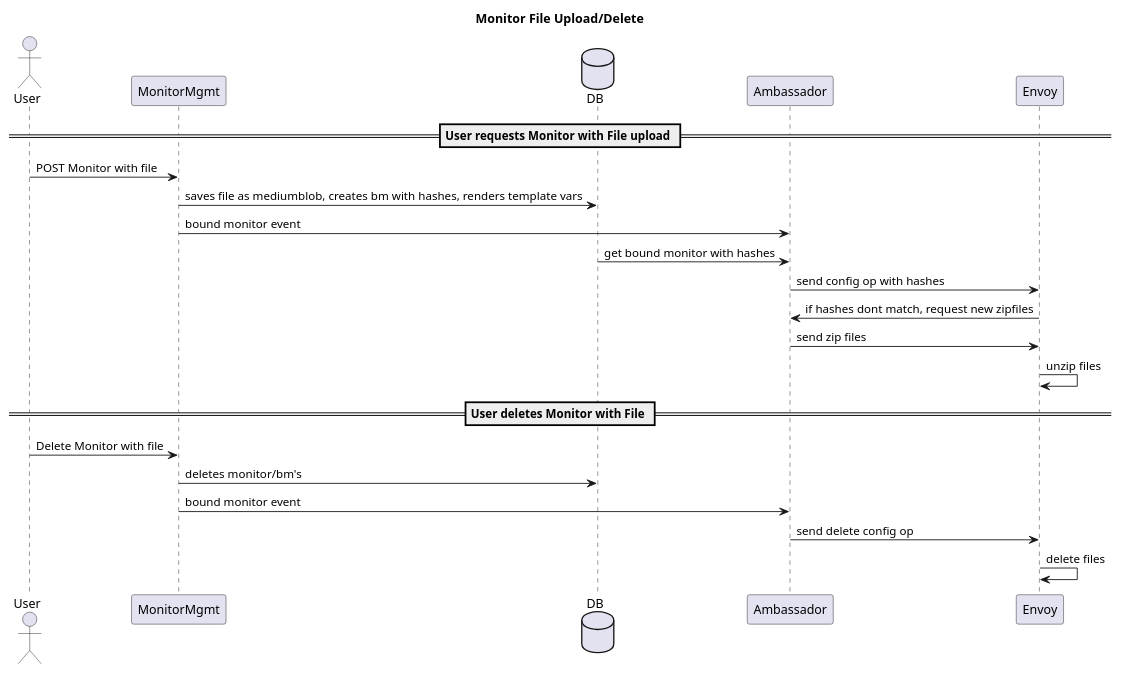
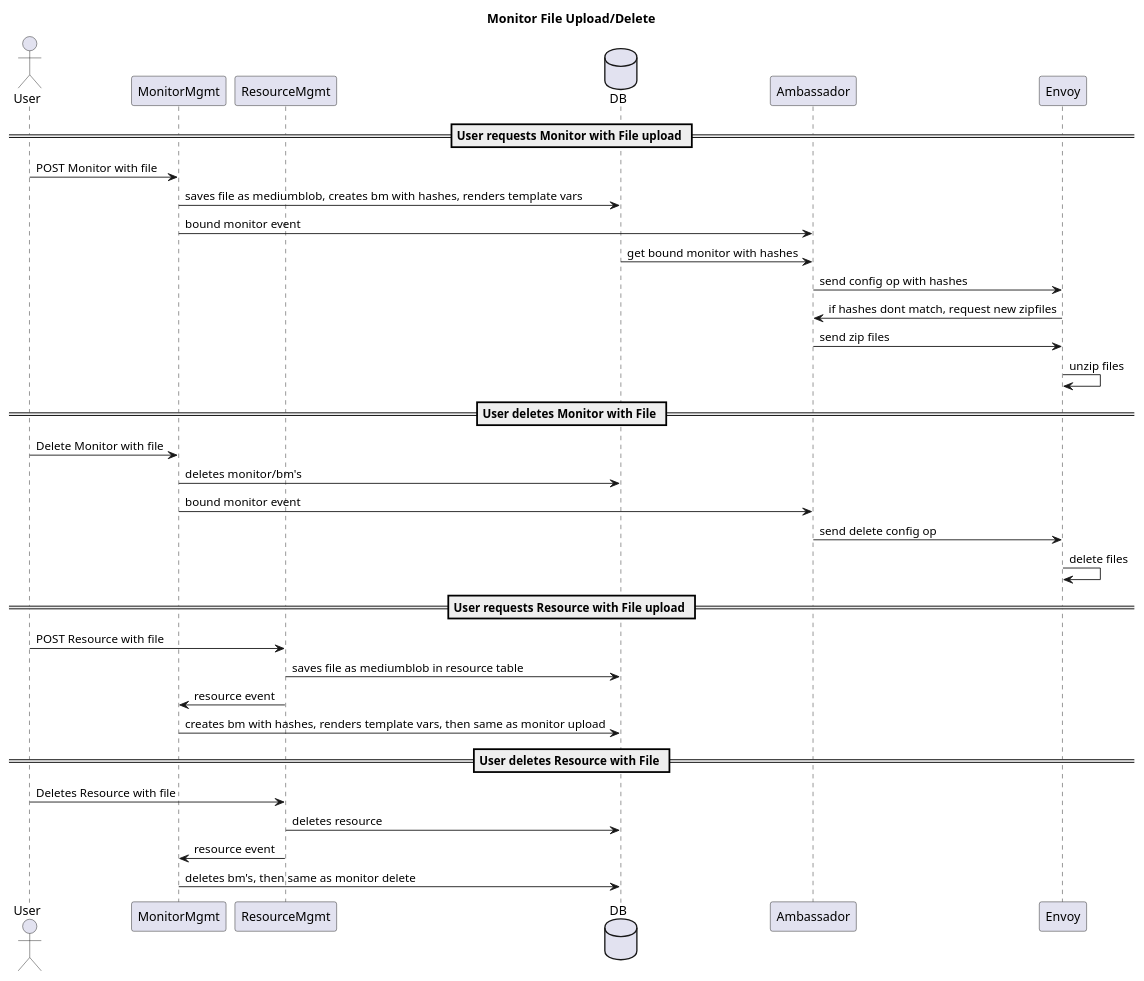
The diagram in design/file-upload.puml (racker/salus-docs), drawn with PlantUML before and after one commit.

```diff
--- a/design/file-upload.puml
+++ b/design/file-upload.puml
@@ -1,31 +1,47 @@
 @startuml
 
 title Monitor File Upload/Delete
 
 actor User
 participant MonitorMgmt as MM
+participant ResourceMgmt as RM
 database DB
 participant Ambassador as Amb
 participant Envoy
 
 == User requests Monitor with File upload ==
 
 User -> MM: POST Monitor with file
 MM -> DB: saves file as mediumblob, creates bm with hashes, renders template vars
 MM -> Amb: bound monitor event
 DB -> Amb: get bound monitor with hashes
 Amb -> Envoy: send config op with hashes
 Envoy -> Amb: if hashes dont match, request new zipfiles
 Amb -> Envoy: send zip files
 Envoy -> Envoy: unzip files
 
 == User deletes Monitor with File ==
 
 User -> MM: Delete Monitor with file
 MM -> DB: deletes monitor/bm's
 MM -> Amb: bound monitor event
 Amb -> Envoy: send delete config op
 Envoy -> Envoy: delete files
 
 
+== User requests Resource with File upload ==
+
+User -> RM: POST Resource with file
+RM -> DB: saves file as mediumblob in resource table
+RM -> MM: resource event
+MM -> DB: creates bm with hashes, renders template vars, then same as monitor upload
+
+== User deletes Resource with File ==
+
+User -> RM: Deletes Resource with file
+RM -> DB: deletes resource
+RM -> MM: resource event
+MM -> DB: deletes bm's, then same as monitor delete
+
+
 @enduml
```
